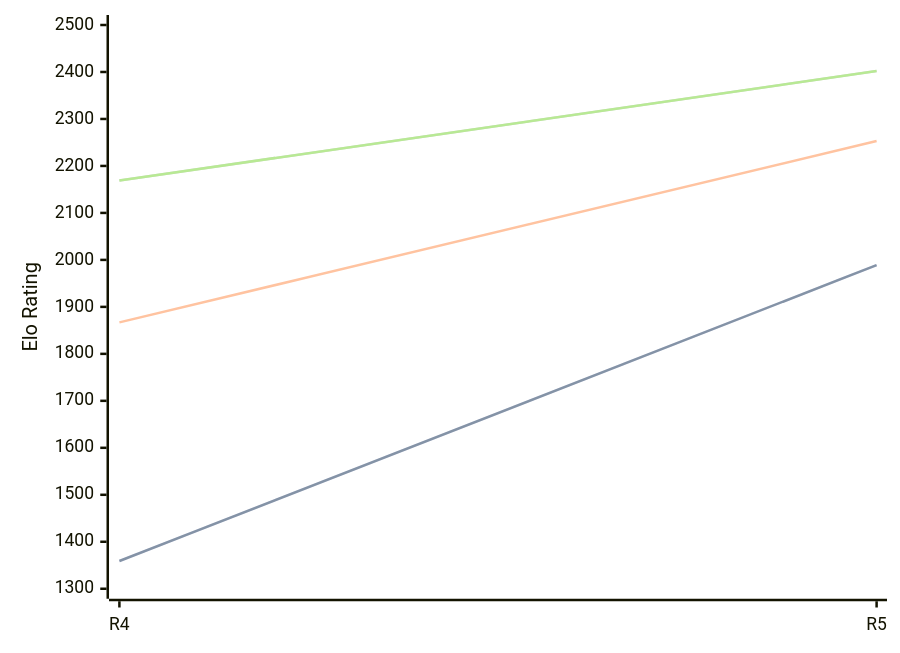
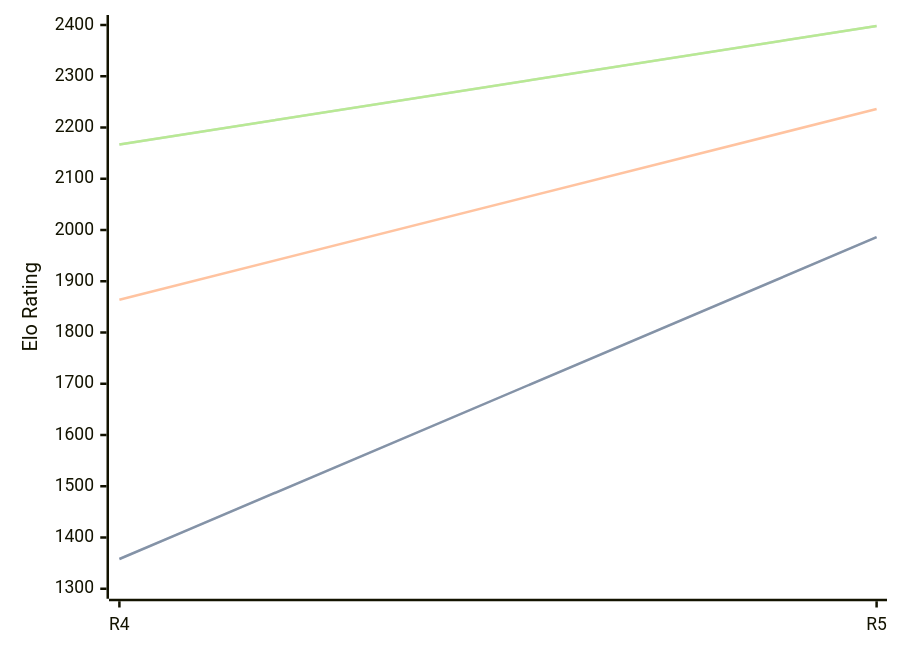
The diagram in engines/Viking.md (computer-chess-index/cci), drawn with Mermaid before and after one commit. The commit also changed other lines of this file, not shown here.

Commit message:
Update CCI Ratings (ELO VLTC) - 2026-05-18

````diff
--- a/engines/Viking.md
+++ b/engines/Viking.md
@@ -35,11 +35,11 @@
 ```mermaid
 %%{init: {"theme":"base","themeVariables":{"seriesColors:['#a3a3a3','#222221','#faa371']}}}%%
 xychart-beta
   x-axis ["R4", "R5"]
-  y-axis "Elo Rating" 1300 --> 2500
-  line "STC (8.0+0.08s)" [1359, 1989]
-  line "STC (8.0+0.08s)" [1359, 1989]
-  line "LTC (60.0+0.60s)" [1867, 2253]
-  line "VLTC (2m24s+1.12s)" [2169, 2402]
-  line "VLTC (2m24s+1.12s)" [2169, 2402]
+  y-axis "Elo Rating" 1300 --> 2400
+  line "STC (8.0+0.08s)" [1358, 1986]
+  line "STC (8.0+0.08s)" [1358, 1986]
+  line "LTC (60.0+0.60s)" [1864, 2236]
+  line "VLTC (2m24s+1.12s)" [2167, 2398]
+  line "VLTC (2m24s+1.12s)" [2167, 2398]
 ```
````
